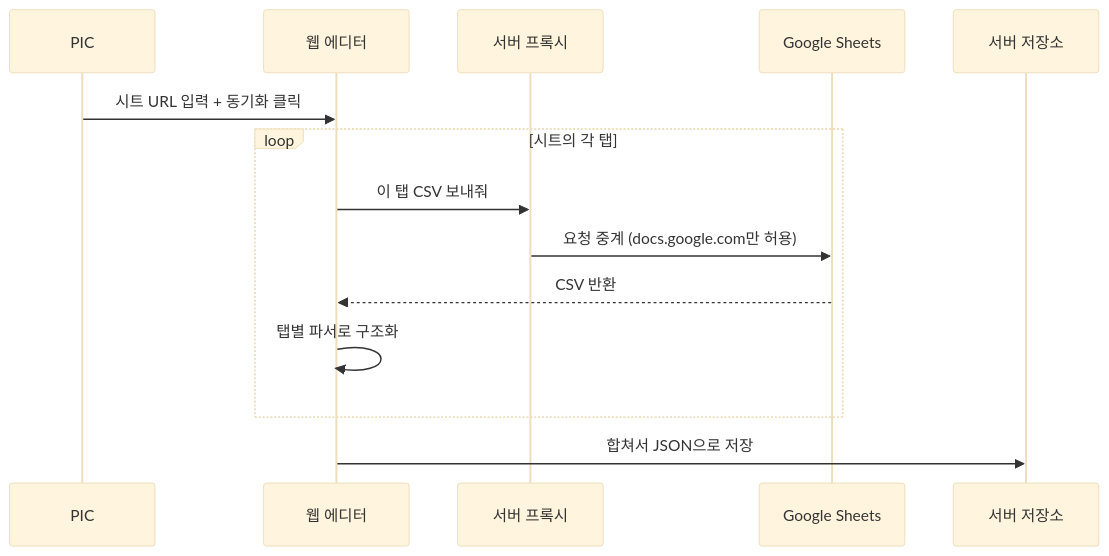
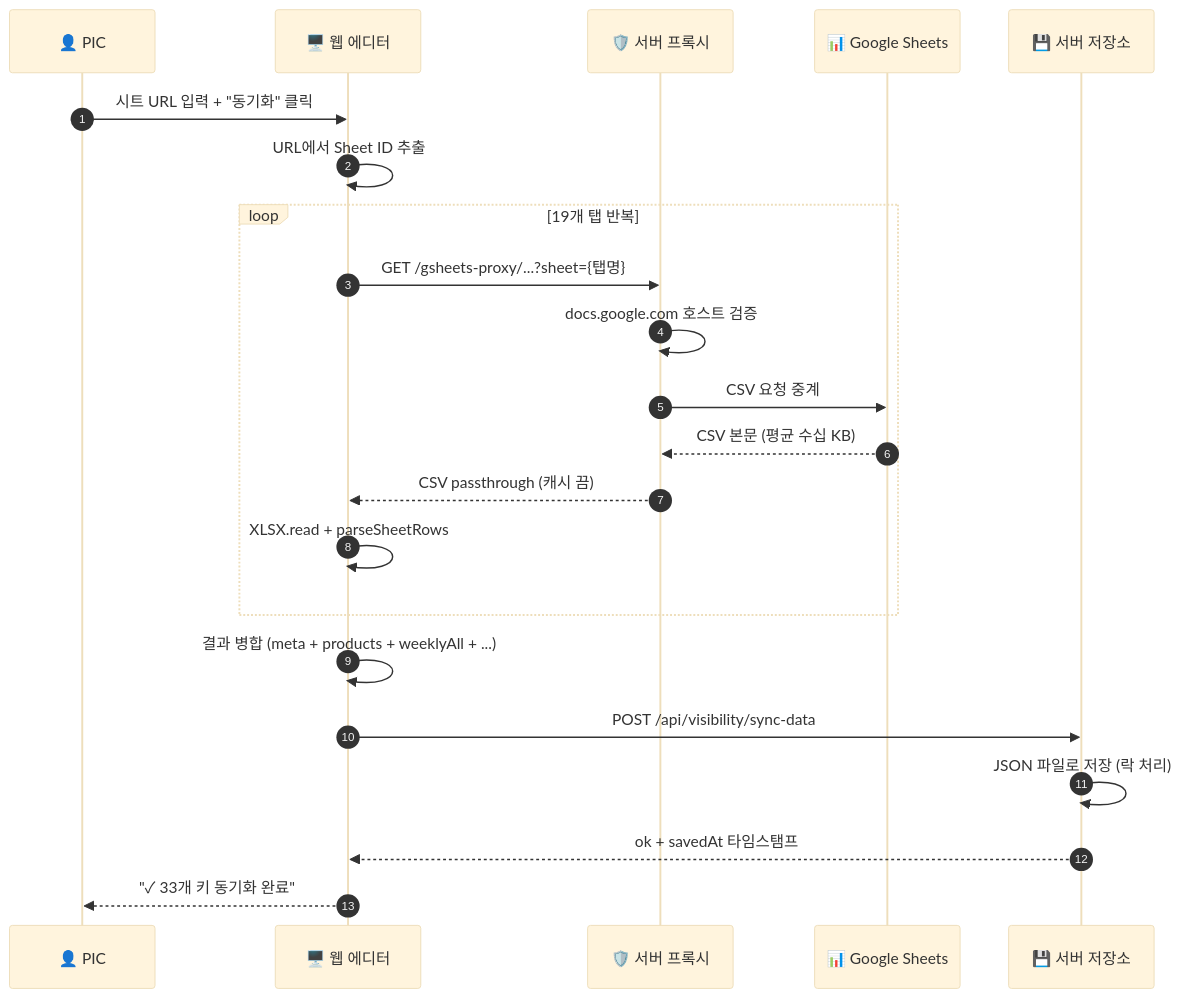
Before and after one commit to mts8787-droid/my-geo-newsletter: the second of 14 diagrams in docs/ADMIN_PLAN.md, drawn with Mermaid (base theme). The commit also changed other lines of this file, not shown here.

First line of the commit message:
docs: ADMIN_PLAN v3 — 각주 + 펼침 설명 + 컬러 다이어그램

````diff
--- a/docs/ADMIN_PLAN.md
+++ b/docs/ADMIN_PLAN.md
@@ -123,17 +150,25 @@
 ```mermaid
 sequenceDiagram
-  participant PIC as PIC
-  participant Web as 웹 에디터
-  participant Proxy as 서버 프록시
-  participant Sheet as Google Sheets
-  participant Save as 서버 저장소
+  autonumber
+  participant PIC as 👤 PIC
+  participant Web as 🖥️ 웹 에디터
+  participant Proxy as 🛡️ 서버 프록시
+  participant Sheet as 📊 Google Sheets
+  participant Save as 💾 서버 저장소
 
-  PIC->>Web: 시트 URL 입력 + 동기화 클릭
-  loop 시트의 각 탭
-    Web->>Proxy: 이 탭 CSV 보내줘
-    Proxy->>Sheet: 요청 중계 (docs.google.com만 허용)
-    Sheet-->>Web: CSV 반환
-    Web->>Web: 탭별 파서로 구조화
+  PIC->>Web: 시트 URL 입력 + "동기화" 클릭
+  Web->>Web: URL에서 Sheet ID 추출
+  loop 19개 탭 반복
+    Web->>Proxy: GET /gsheets-proxy/...?sheet={탭명}
+    Proxy->>Proxy: docs.google.com 호스트 검증
+    Proxy->>Sheet: CSV 요청 중계
+    Sheet-->>Proxy: CSV 본문 (평균 수십 KB)
+    Proxy-->>Web: CSV passthrough (캐시 끔)
+    Web->>Web: XLSX.read + parseSheetRows
   end
-  Web->>Save: 합쳐서 JSON으로 저장
+  Web->>Web: 결과 병합 (meta + products + weeklyAll + ...)
+  Web->>Save: POST /api/visibility/sync-data
+  Save->>Save: JSON 파일로 저장 (락 처리)
+  Save-->>Web: ok + savedAt 타임스탬프
+  Web-->>PIC: "✓ 33개 키 동기화 완료"
 ```
````
